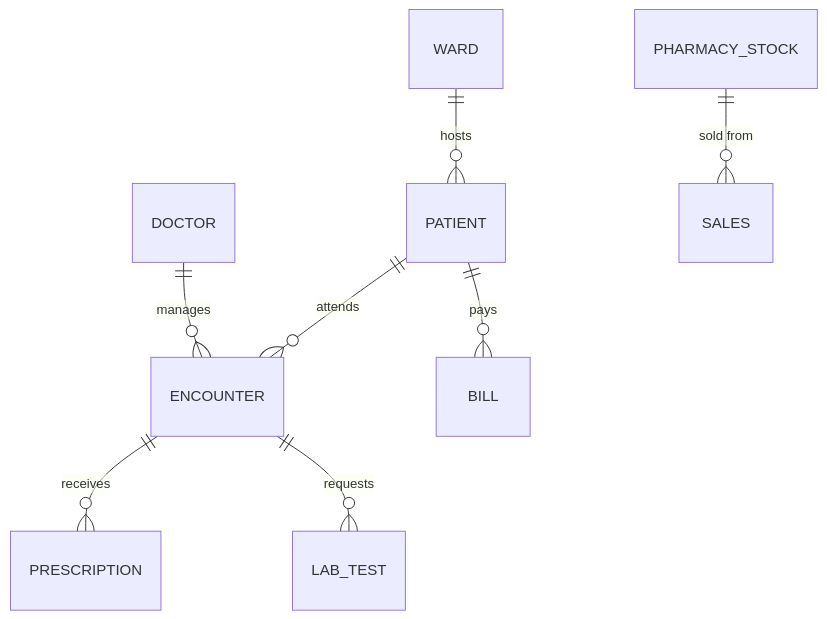
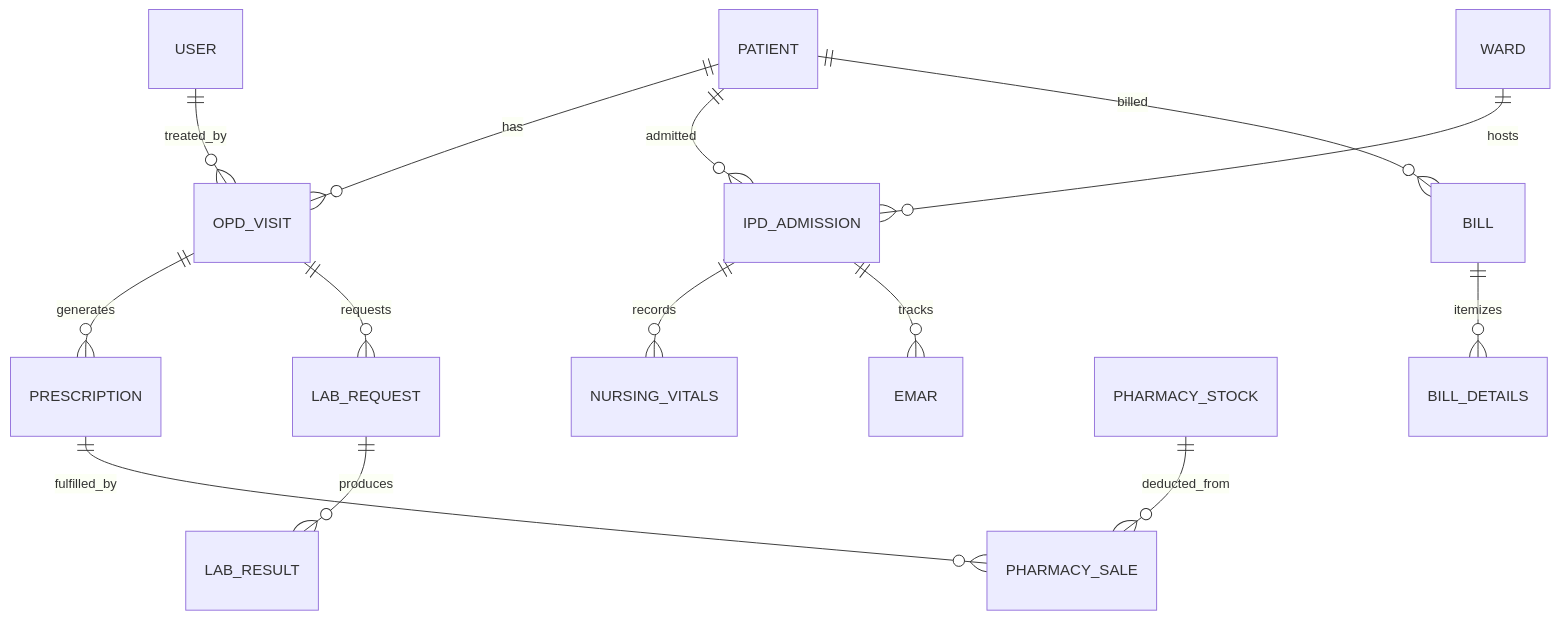
One commit to prawinkumar2k/server_hms changed the fifth of 6 diagrams in README.md. Above: the diagram before and after it, drawn with Mermaid. The commit also changed other lines of this file, not shown here.

Commit message:
docs: rewrite README with elite production-grade documentation, architecture diagrams, and demo section

````diff
--- a/README.md
+++ b/README.md
@@ -246,10 +426,16 @@
 ```mermaid
 erDiagram
-    PATIENT ||--o{ ENCOUNTER : attends
-    ENCOUNTER ||--o{ PRESCRIPTION : receives
-    ENCOUNTER ||--o{ LAB_TEST : requests
-    DOCTOR ||--o{ ENCOUNTER : manages
-    PATIENT ||--o{ BILL : pays
-    WARD ||--o{ PATIENT : hosts
-    PHARMACY_STOCK ||--o{ SALES : "sold from"
+    PATIENT ||--o{ OPD_VISIT : "has"
+    OPD_VISIT ||--o{ PRESCRIPTION : "generates"
+    OPD_VISIT ||--o{ LAB_REQUEST : "requests"
+    PATIENT ||--o{ IPD_ADMISSION : "admitted"
+    IPD_ADMISSION ||--o{ NURSING_VITALS : "records"
+    IPD_ADMISSION ||--o{ EMAR : "tracks"
+    LAB_REQUEST ||--o{ LAB_RESULT : "produces"
+    PRESCRIPTION ||--o{ PHARMACY_SALE : "fulfilled_by"
+    PHARMACY_STOCK ||--o{ PHARMACY_SALE : "deducted_from"
+    PATIENT ||--o{ BILL : "billed"
+    BILL ||--o{ BILL_DETAILS : "itemizes"
+    USER ||--o{ OPD_VISIT : "treated_by"
+    WARD ||--o{ IPD_ADMISSION : "hosts"
 ```
````
